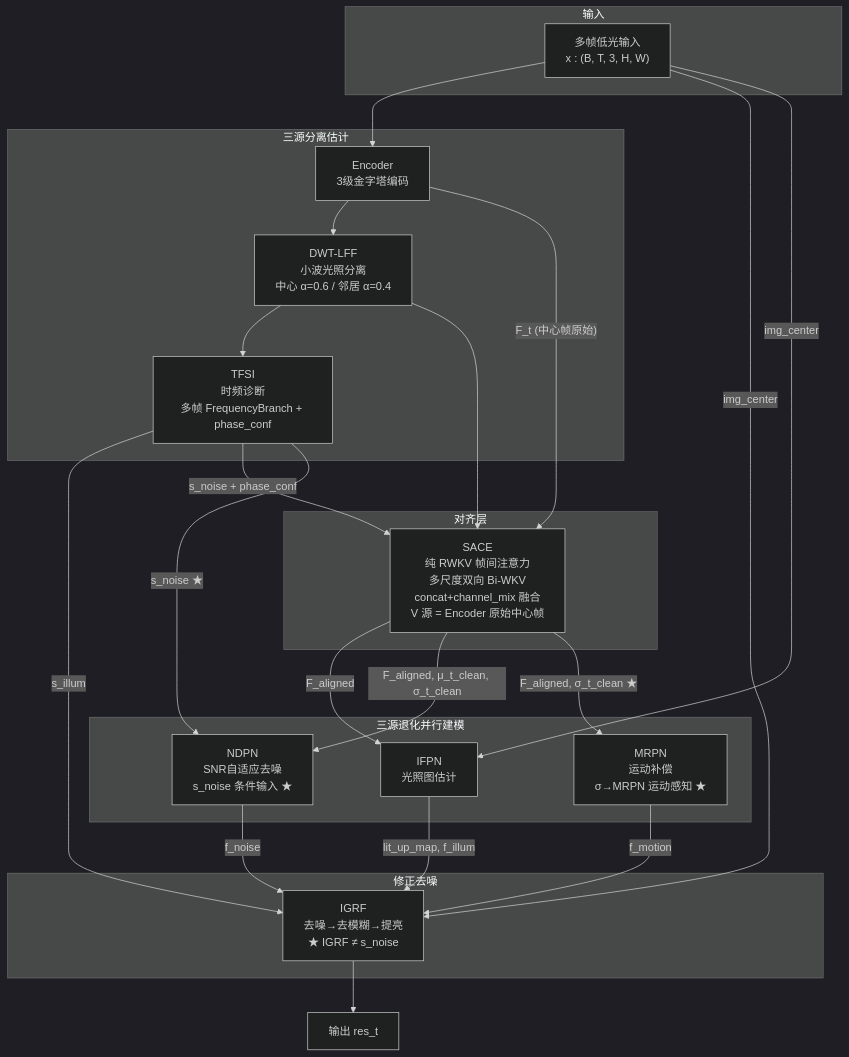
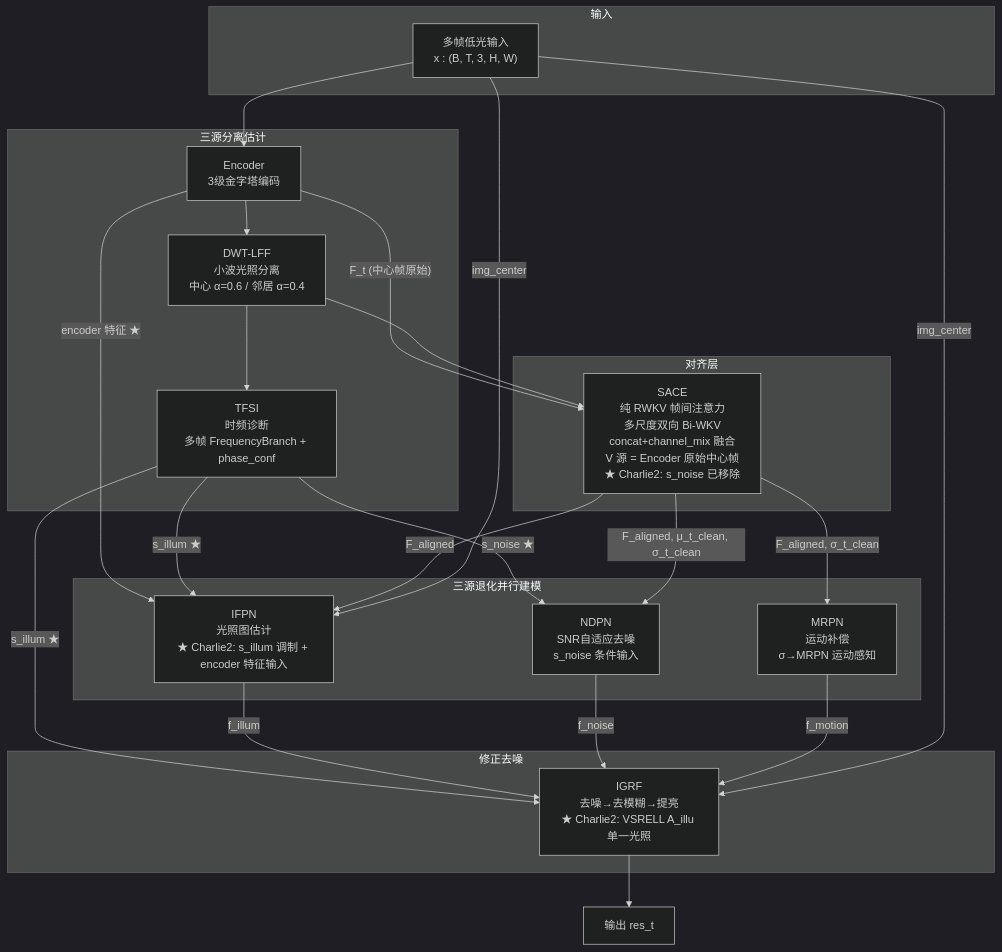
Before and after one commit to chendeming2002/TFS-Net: the first of 2 diagrams in docs/v6/RWKV-Charlie-model/v6-charlie-diagrams.md, drawn with Mermaid (dark theme). The commit also changed other lines of this file and 7 other files, not shown here.

Commit message:
v6-in_test-pureRWKV-Charlie-Mod2

````diff
--- a/docs/v6/RWKV-Charlie-model/v6-charlie-diagrams.md
+++ b/docs/v6/RWKV-Charlie-model/v6-charlie-diagrams.md
@@ -5,49 +5,50 @@
 ```mermaid
 flowchart TD
     subgraph 输入
         IN["多帧低光输入<br/>x : (B, T, 3, H, W)"]
     end
 
     subgraph 诊断层["三源分离估计"]
         ENC["Encoder<br/>3级金字塔编码"]
         DWT["DWT-LFF<br/>小波光照分离<br/>中心 α=0.6 / 邻居 α=0.4"]
         TFSI["TFSI<br/>时频诊断<br/>多帧 FrequencyBranch + phase_conf"]
     end
 
     subgraph 对齐层
-        SACE["SACE<br/>纯 RWKV 帧间注意力<br/>多尺度双向 Bi-WKV<br/>concat+channel_mix 融合<br/>V 源 = Encoder 原始中心帧"]
+        SACE["SACE<br/>纯 RWKV 帧间注意力<br/>多尺度双向 Bi-WKV<br/>concat+channel_mix 融合<br/>V 源 = Encoder 原始中心帧<br/>★ Charlie2: s_noise 已移除"]
     end
 
     subgraph 处理层["三源退化并行建模"]
-        IFPN["IFPN<br/>光照图估计"]
-        NDPN["NDPN<br/>SNR自适应去噪<br/>s_noise 条件输入 ★"]
-        MRPN["MRPN<br/>运动补偿<br/>σ→MRPN 运动感知 ★"]
+        IFPN["IFPN<br/>光照图估计<br/>★ Charlie2: s_illum 调制 + encoder 特征输入"]
+        NDPN["NDPN<br/>SNR自适应去噪<br/>s_noise 条件输入"]
+        MRPN["MRPN<br/>运动补偿<br/>σ→MRPN 运动感知"]
     end
 
     subgraph 执行层["修正去噪"]
-        IGRF["IGRF<br/>去噪→去模糊→提亮<br/>★ IGRF ≠ s_noise"]
+        IGRF["IGRF<br/>去噪→去模糊→提亮<br/>★ Charlie2: VSRELL A_illu 单一光照"]
     end
 
     OUT["输出 res_t"]
 
     IN --> ENC
     ENC --> DWT
     ENC -- "F_t (中心帧原始)" --> SACE
+    ENC -- "encoder 特征 ★" --> IFPN
     DWT --> TFSI
     DWT --> SACE
-    TFSI -- "s_illum" --> IGRF
-    TFSI -- "s_noise + phase_conf" --> SACE
+    TFSI -- "s_illum ★" --> IGRF
+    TFSI -- "s_illum ★" --> IFPN
     TFSI -- "s_noise ★" --> NDPN
 
     SACE -- "F_aligned" --> IFPN
     SACE -- "F_aligned, μ_t_clean, σ_t_clean" --> NDPN
-    SACE -- "F_aligned, σ_t_clean ★" --> MRPN
+    SACE -- "F_aligned, σ_t_clean" --> MRPN
 
-    IFPN -- "lit_up_map, f_illum" --> IGRF
+    IFPN -- "f_illum" --> IGRF
     NDPN -- "f_noise" --> IGRF
     MRPN -- "f_motion" --> IGRF
 
     IGRF --> OUT
     IN -- "img_center" --> IGRF
     IN -- "img_center" --> IFPN
 ```
````
